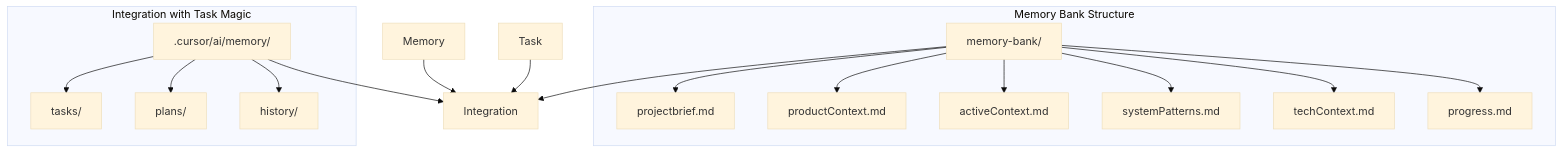
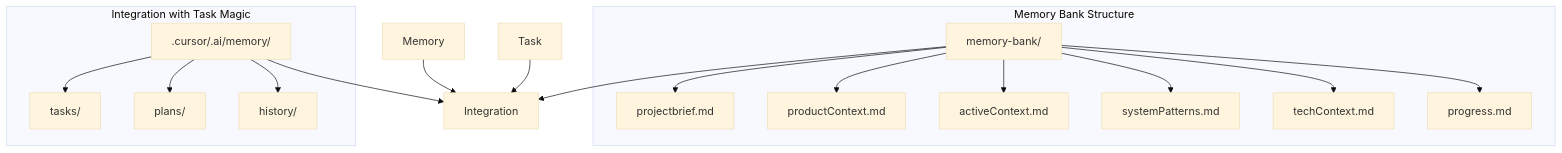
The third of 12 diagrams in .cursor/rules/memory-bank.mdc (louisfghbvc/coverity-agent), drawn with Mermaid (base theme) before and after one commit. The commit also changed other lines of this file and 10 other files, not shown here.

````diff
--- a/.cursor/rules/memory-bank.mdc
+++ b/.cursor/rules/memory-bank.mdc
@@ -209,35 +209,35 @@
 ```mermaid
 flowchart TD
     subgraph "Memory Bank Structure"
         MB[memory-bank/]
         PB[projectbrief.md]
         PC[productContext.md]
         AC[activeContext.md]
         SP[systemPatterns.md]
         TC[techContext.md]
         PR[progress.md]
         
         MB --> PB
         MB --> PC
         MB --> AC
         MB --> SP
         MB --> TC
         MB --> PR
     end
     
     subgraph "Integration with Task Magic"
-        TM[.cursor/ai/memory/]
+        TM[.cursor/.ai/memory/]
         TMT[tasks/]
         TMP[plans/]
         TMM[history/]
         
         TM --> TMT
         TM --> TMP
         TM --> TMM
     end
     
     Memory --> Integration
     Task --> Integration
     MB --> Integration
     TM --> Integration
 ```
````
